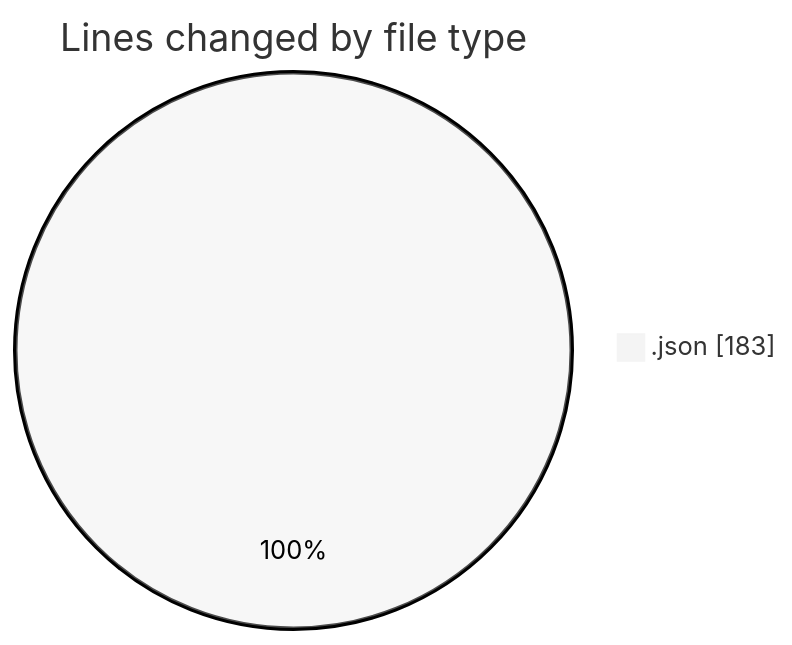
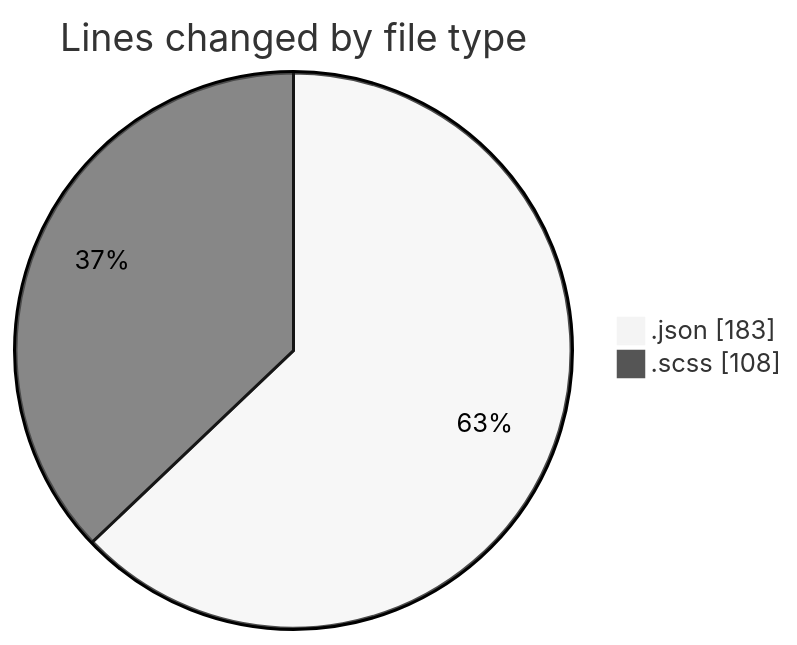
The first of 2 diagrams in 2026-01-20/cda/README.md (momahboobian/code-tracking), drawn with Mermaid (neutral theme) before and after one commit. The commit also changed other lines of this file and 1 other file, not shown here.

````diff
--- a/2026-01-20/cda/README.md
+++ b/2026-01-20/cda/README.md
@@ -20,5 +21,6 @@
 ```mermaid
 pie showData
 title Lines changed by file type
 ".json" : 183
+".scss" : 108
 ```
````
